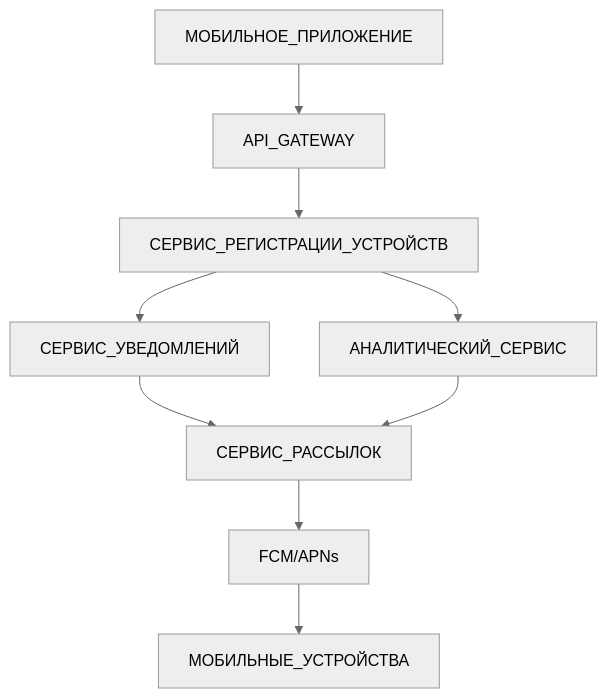
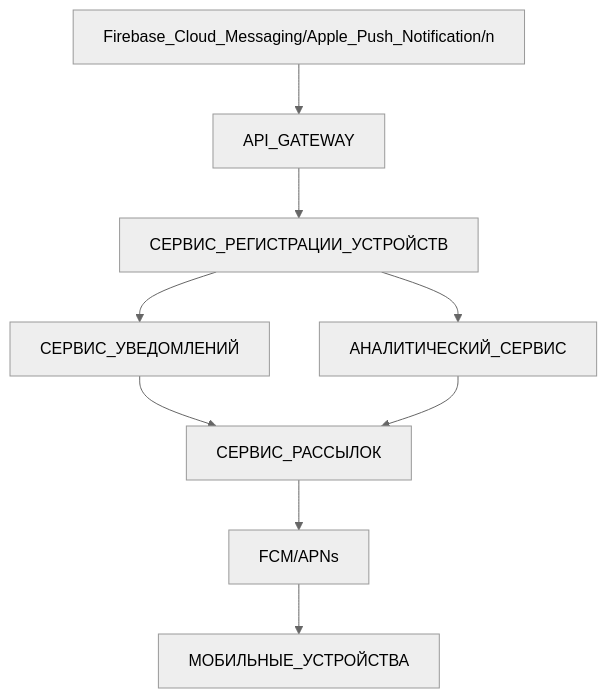
The diagram in №3.md (olegmuhortov/sa), drawn with Mermaid (neutral theme) before and after one commit.

````diff
--- a/№3.md
+++ b/№3.md
@@ -1,12 +1,12 @@
 ```mermaid
 graph TD;
-    МОБИЛЬНОЕ_ПРИЛОЖЕНИЕ-->API_GATEWAY;
+    МОБИЛЬНОЕ_ПРИЛОЖЕНИЕ[Firebase_Cloud_Messaging/Apple_Push_Notification/n]-->API_GATEWAY;
     API_GATEWAY-->СЕРВИС_РЕГИСТРАЦИИ_УСТРОЙСТВ;
     СЕРВИС_РЕГИСТРАЦИИ_УСТРОЙСТВ-->СЕРВИС_УВЕДОМЛЕНИЙ;
     СЕРВИС_РЕГИСТРАЦИИ_УСТРОЙСТВ-->АНАЛИТИЧЕСКИЙ_СЕРВИС;
     СЕРВИС_УВЕДОМЛЕНИЙ-->СЕРВИС_РАССЫЛОК;
     АНАЛИТИЧЕСКИЙ_СЕРВИС-->СЕРВИС_РАССЫЛОК;
     СЕРВИС_РАССЫЛОК-->FCM/APNs;
     FCM/APNs-->МОБИЛЬНЫЕ_УСТРОЙСТВА;
     
 ```
````
